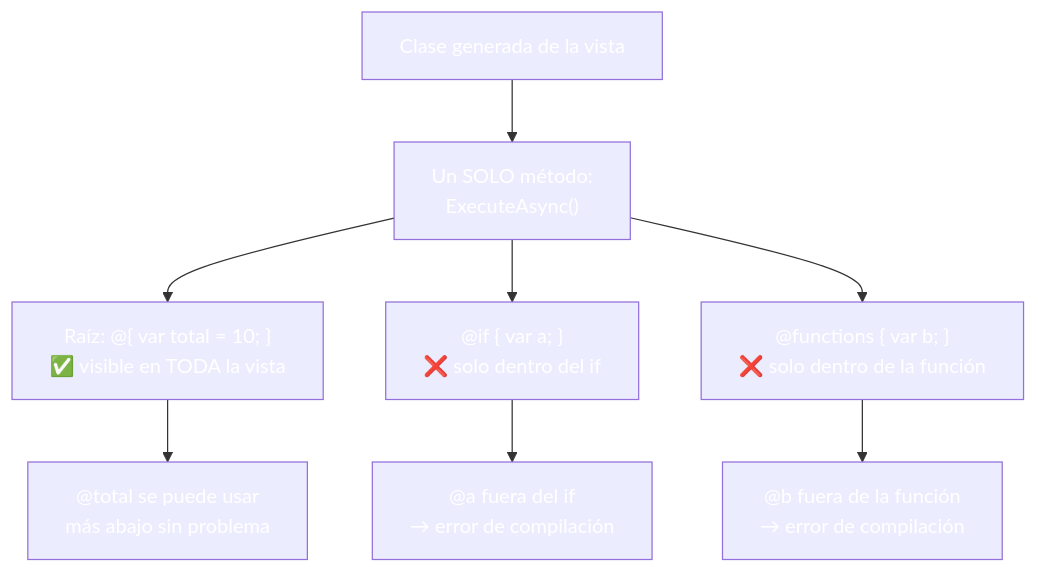
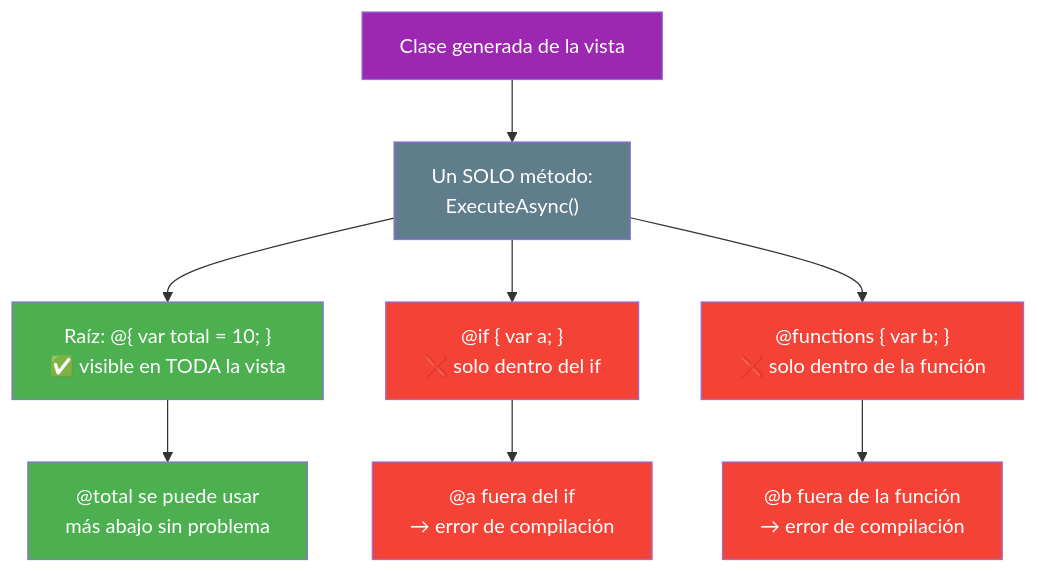
The fifth of 6 diagrams in 02-directivas-sintaxis.md (joseluisgs/DesarrolloWebEntornosServidor-03-2026-2027), drawn with Mermaid before and after one commit. The commit also changed other lines of this file and 25 other files, not shown here.

Commit message:
docs: corregir los estilos Mermaid de los temas y alinear el dominio del tema 25 con ProductosApp

````diff
--- a/02-directivas-sintaxis.md
+++ b/02-directivas-sintaxis.md
@@ -566,21 +566,21 @@
 ```mermaid
 graph TD
     A["Clase generada de la vista"] --> B["Un SOLO método:<br/>ExecuteAsync()"]
 
     B --> C["Raíz: @{ var total = 10; }<br/>✅ visible en TODA la vista"]
     B --> D["@if { var a; }<br/>❌ solo dentro del if"]
     B --> E["@functions { var b; }<br/>❌ solo dentro de la función"]
 
     C --> C1["@total se puede usar<br/>más abajo sin problema"]
     D --> D1["@a fuera del if<br/>→ error de compilación"]
     E --> E1["@b fuera de la función<br/>→ error de compilación"]
 
-    style A fill:#9C27B,color:#fff0,color:#fff
-    style B fill:#607D8,color:#fffB,color:#fff
-    style C fill:#4CAF5,color:#fff0,color:#fff
-    style D fill:#f4433,color:#fff6,color:#fff
-    style E fill:#f4433,color:#fff6,color:#fff
-    style C1 fill:#4CAF5,color:#fff0,color:#fff
-    style D1 fill:#f4433,color:#fff6,color:#fff
-    style E1 fill:#f4433,color:#fff6,color:#fff
+    style A fill:#9C27B0,color:#fff
+    style B fill:#607D8B,color:#fff
+    style C fill:#4CAF50,color:#fff
+    style D fill:#f44336,color:#fff
+    style E fill:#f44336,color:#fff
+    style C1 fill:#4CAF50,color:#fff
+    style D1 fill:#f44336,color:#fff
+    style E1 fill:#f44336,color:#fff
 ```
````
